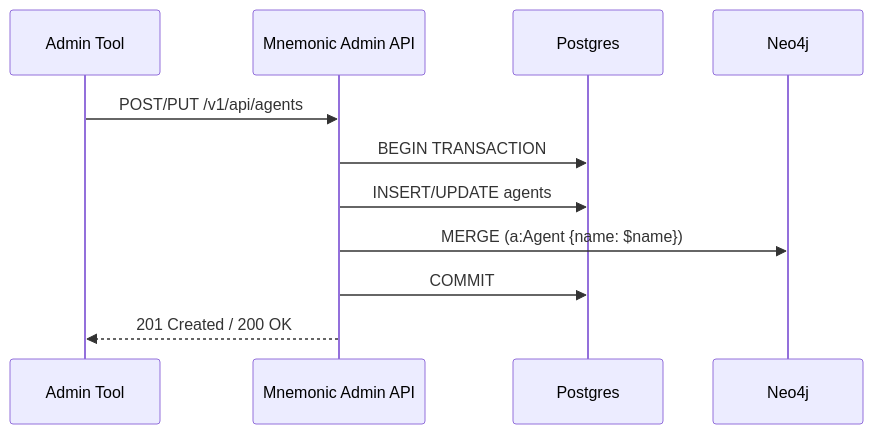
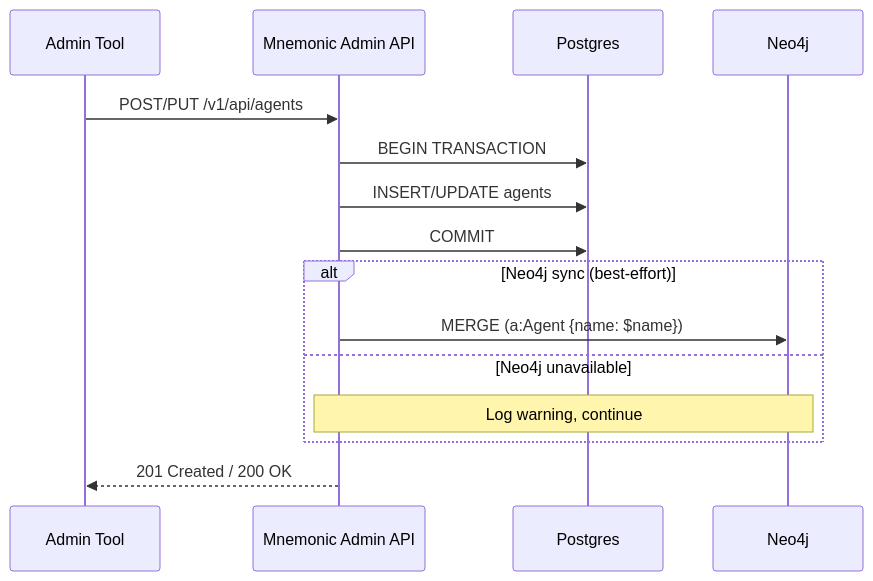
Before and after one commit to twistingmercury/mnemonic-mcp: the fifth of 14 diagrams in docs/architecture/04-data-architecture.md, drawn with Mermaid. The commit also changed other lines of this file and 5 other files, not shown here.

Commit message:
04-data-architecture reviewed and updated

````diff
--- a/docs/architecture/04-data-architecture.md
+++ b/docs/architecture/04-data-architecture.md
@@ -546,15 +420,20 @@
 ```mermaid
 sequenceDiagram
     participant ADMIN as Admin Tool
     participant API as Mnemonic Admin API
     participant PG as Postgres
     participant NEO as Neo4j
 
     ADMIN->>API: POST/PUT /v1/api/agents
     API->>PG: BEGIN TRANSACTION
     API->>PG: INSERT/UPDATE agents
-    API->>NEO: MERGE (a:Agent {name: $name})
     API->>PG: COMMIT
+
+    alt Neo4j sync (best-effort)
+        API->>NEO: MERGE (a:Agent {name: $name})
+    else Neo4j unavailable
+        Note over API,NEO: Log warning, continue
+    end
 
     API-->>ADMIN: 201 Created / 200 OK
 ```
````
